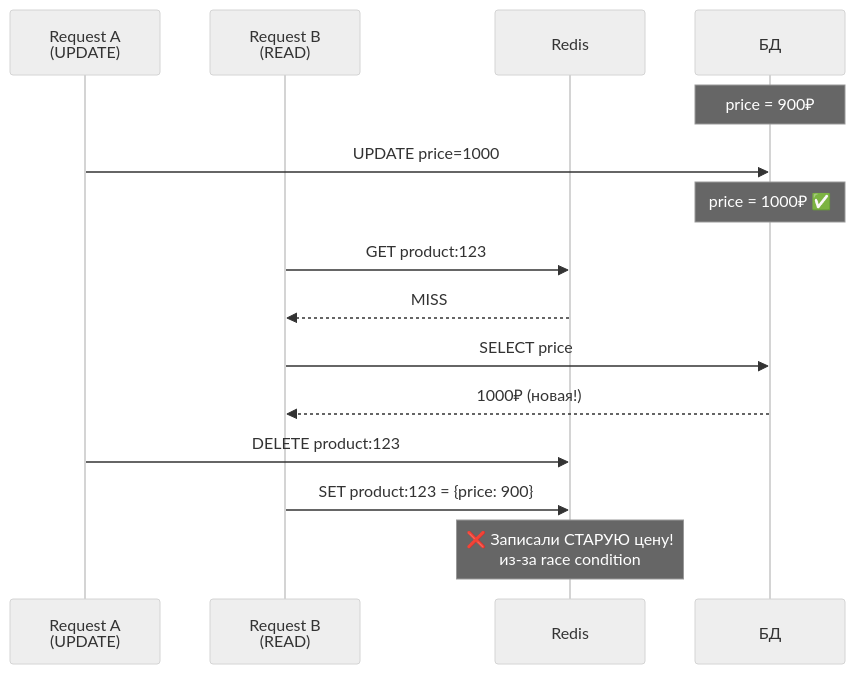
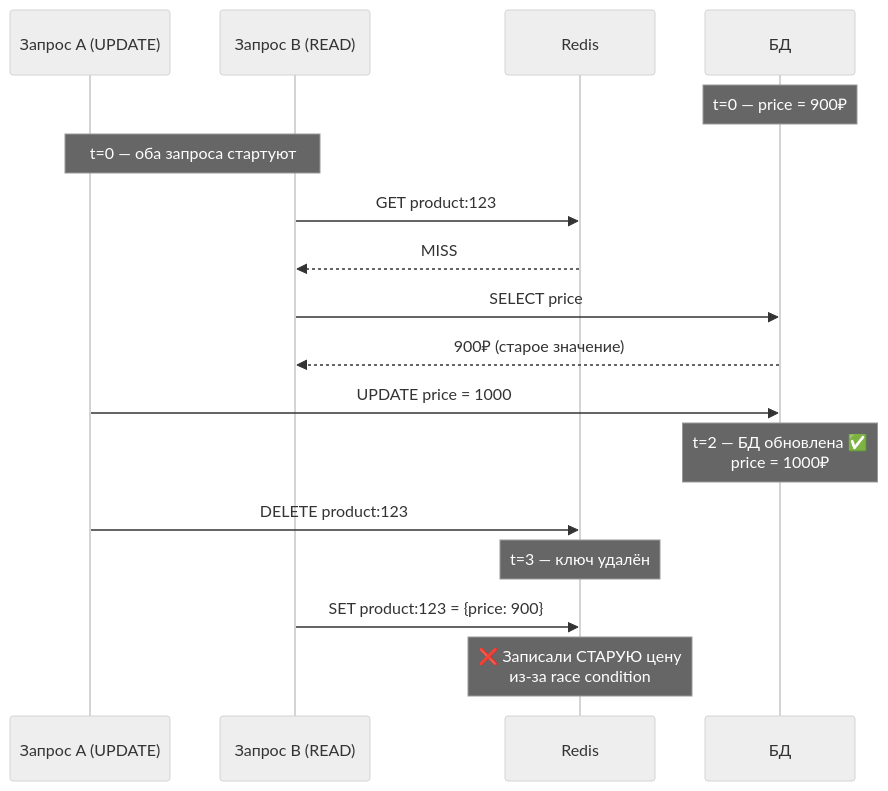
The fourth of 4 diagrams in cache/readme1.md (savinmikhail/advanced-system-design), drawn with Mermaid (neutral theme) before and after one commit.

Commit message:
race condition

````diff
--- a/cache/readme1.md
+++ b/cache/readme1.md
@@ -235,22 +235,28 @@
 ```mermaid
 sequenceDiagram
-    participant A as Request A<br/>(UPDATE)
-    participant B as Request B<br/>(READ)
+    participant A as Запрос A (UPDATE)
+    participant B as Запрос B (READ)
     participant Cache as Redis
     participant DB as БД
-    
-    Note over DB: price = 900₽
-    
-    A->>DB: UPDATE price=1000
-    Note over DB: price = 1000₽ ✅
-    
+
+    Note over DB: t=0 — price = 900₽
+
+    Note over A,B: t=0 — оба запроса стартуют
+
     B->>Cache: GET product:123
     Cache-->>B: MISS
+
     B->>DB: SELECT price
-    DB-->>B: 1000₽ (новая!)
-    
+    DB-->>B: 900₽ (старое значение)
+
+    A->>DB: UPDATE price = 1000
+    Note over DB: t=2 — БД обновлена ✅<br/>price = 1000₽
+
     A->>Cache: DELETE product:123
-    
+    Note over Cache: t=3 — ключ удалён
+
     B->>Cache: SET product:123 = {price: 900}
-    Note over Cache: ❌ Записали СТАРУЮ цену!<br/>из-за race condition
+    Note over Cache: ❌ Записали СТАРУЮ цену<br/>из-за race condition
+
+
 ```
````
